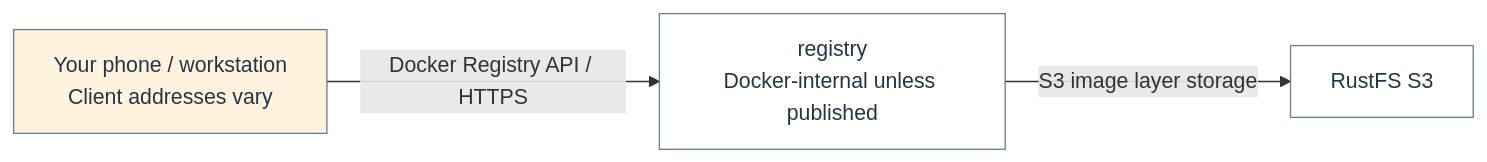
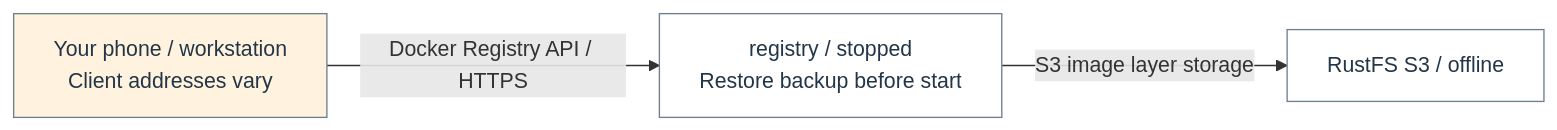
One commit to Harsh-2002/Homelab changed the seventh of 22 diagrams in docs/architecture/homelab-mermaid.md. Above: the diagram before and after it, drawn with Mermaid. The commit also changed other lines of this file and 77 other files, not shown here.

````diff
--- a/docs/architecture/homelab-mermaid.md
+++ b/docs/architecture/homelab-mermaid.md
@@ -369,12 +375,12 @@
 ```mermaid
 flowchart LR
   n_flow_5_0["Your phone / workstation<br/>Client addresses vary"]
-  n_flow_5_1["registry<br/>Docker-internal unless published"]
-  n_flow_5_2["RustFS S3"]
+  n_flow_5_1["registry / stopped<br/>Restore backup before start"]
+  n_flow_5_2["RustFS S3 / offline"]
   n_flow_5_0 -->|"Docker Registry API / HTTPS"| n_flow_5_1
   n_flow_5_1 -->|"S3 image layer storage"| n_flow_5_2
   classDef c_flow_5_0 fill:#fff3df,stroke:#6c7f8c,color:#233647;
   class n_flow_5_0 c_flow_5_0;
   classDef c_flow_5_1 fill:#ffffff,stroke:#6c7f8c,color:#233647;
   class n_flow_5_1,n_flow_5_2 c_flow_5_1;
 ```
````
